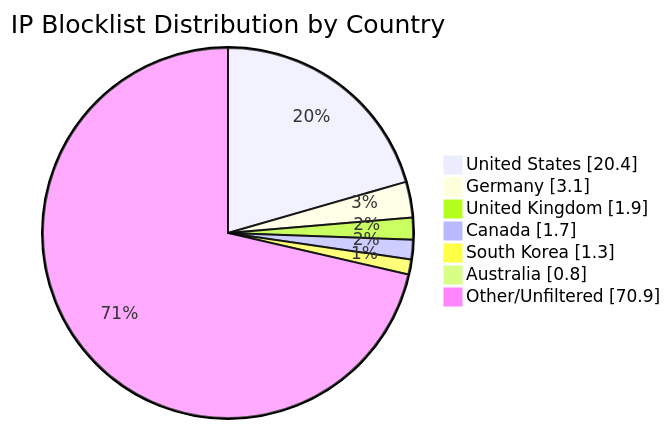
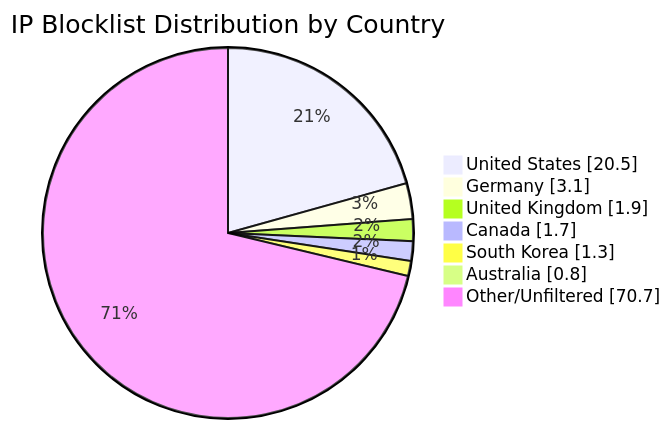
Before and after one commit to MarcusHoltz/ipblocklist-geofiltered-aggregator: the diagram in README.md, drawn with Mermaid. The commit also changed other lines of this file and 9 other files, not shown here.

````diff
--- a/README.md
+++ b/README.md
@@ -34,10 +34,10 @@
 ```mermaid
 pie showData title IP Blocklist Distribution by Country
-"United States" : 20.4
+"United States" : 20.5
 "Germany" : 3.1
 "United Kingdom" : 1.9
 "Canada" : 1.7
 "South Korea" : 1.3
 "Australia" : 0.8
-"Other/Unfiltered" : 70.9
+"Other/Unfiltered" : 70.7
 ```
````
